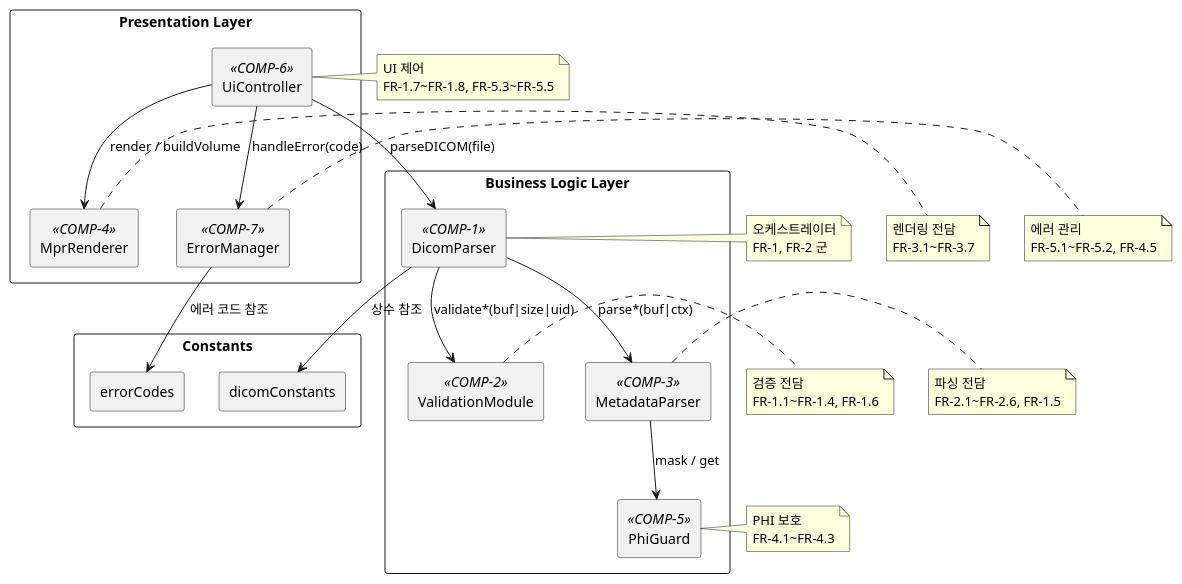
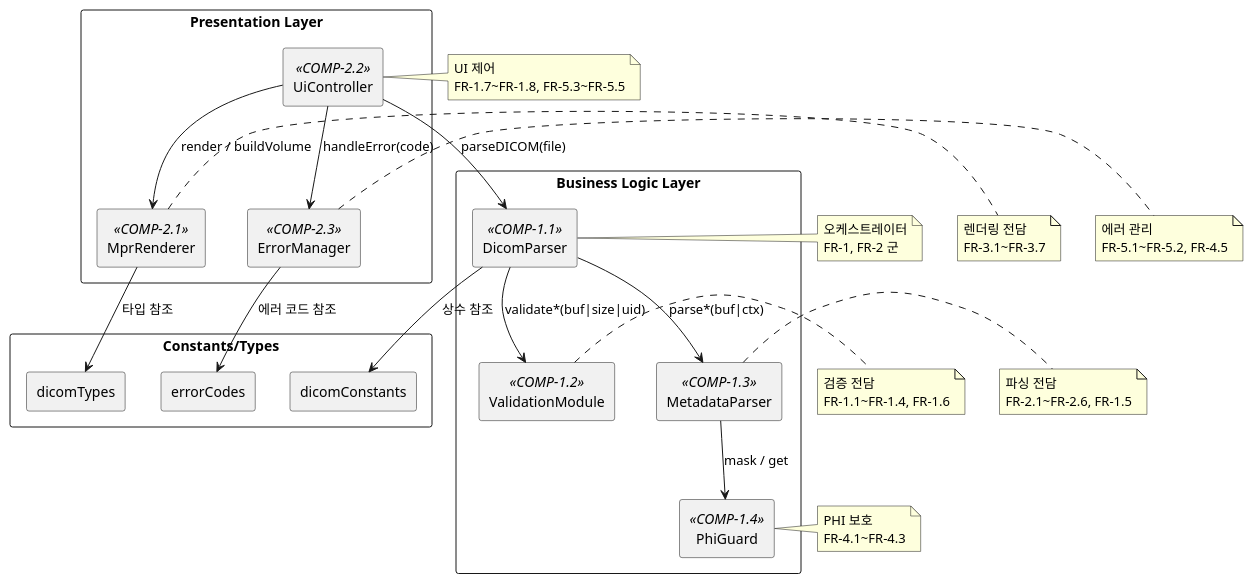
Before and after one commit to hk-neo/playGround: the diagram in docs/artifacts/SDS.md, drawn with PlantUML. The commit also changed other lines of this file, not shown here.

```diff
--- a/docs/artifacts/SDS.md
+++ b/docs/artifacts/SDS.md
@@ -100,40 +126,42 @@
 @startuml SDS_ComponentStructure
 skinparam componentStyle rectangle
 skinparam backgroundColor white
 skinparam packageStyle rectangle
 
 package "Presentation Layer" {
-  [UiController] as UI <<COMP-6>>
-  [MprRenderer] as MPR <<COMP-4>>
-  [ErrorManager] as ERR <<COMP-7>>
+  [UiController] as UI <<COMP-2.2>>
+  [MprRenderer] as MPR <<COMP-2.1>>
+  [ErrorManager] as ERR <<COMP-2.3>>
 }
 
 package "Business Logic Layer" {
-  [DicomParser] as PARSER <<COMP-1>>
-  [ValidationModule] as VALID <<COMP-2>>
-  [MetadataParser] as META <<COMP-3>>
-  [PhiGuard] as PHI <<COMP-5>>
+  [DicomParser] as PARSER <<COMP-1.1>>
+  [ValidationModule] as VALID <<COMP-1.2>>
+  [MetadataParser] as META <<COMP-1.3>>
+  [PhiGuard] as PHI <<COMP-1.4>>
 }
 
-package "Constants" {
+package "Constants/Types" {
   [dicomConstants] as CONST
   [errorCodes] as ERR_CONST
+  [dicomTypes] as TYPES
 }
 
 UI --> PARSER : parseDICOM(file)
 UI --> MPR : render / buildVolume
 UI --> ERR : handleError(code)
 PARSER --> VALID : validate*(buf|size|uid)
 PARSER --> META : parse*(buf|ctx)
 META --> PHI : mask / get
 PARSER --> CONST : 상수 참조
 ERR --> ERR_CONST : 에러 코드 참조
+MPR --> TYPES : 타입 참조
 
 note right of PARSER : 오케스트레이터\nFR-1, FR-2 군
 note right of VALID : 검증 전담\nFR-1.1~FR-1.4, FR-1.6
 note right of META : 파싱 전담\nFR-2.1~FR-2.6, FR-1.5
 note right of PHI : PHI 보호\nFR-4.1~FR-4.3
 note right of MPR : 렌더링 전담\nFR-3.1~FR-3.7
 note right of UI : UI 제어\nFR-1.7~FR-1.8, FR-5.3~FR-5.5
 note right of ERR : 에러 관리\nFR-5.1~FR-5.2, FR-4.5
 @enduml
```
